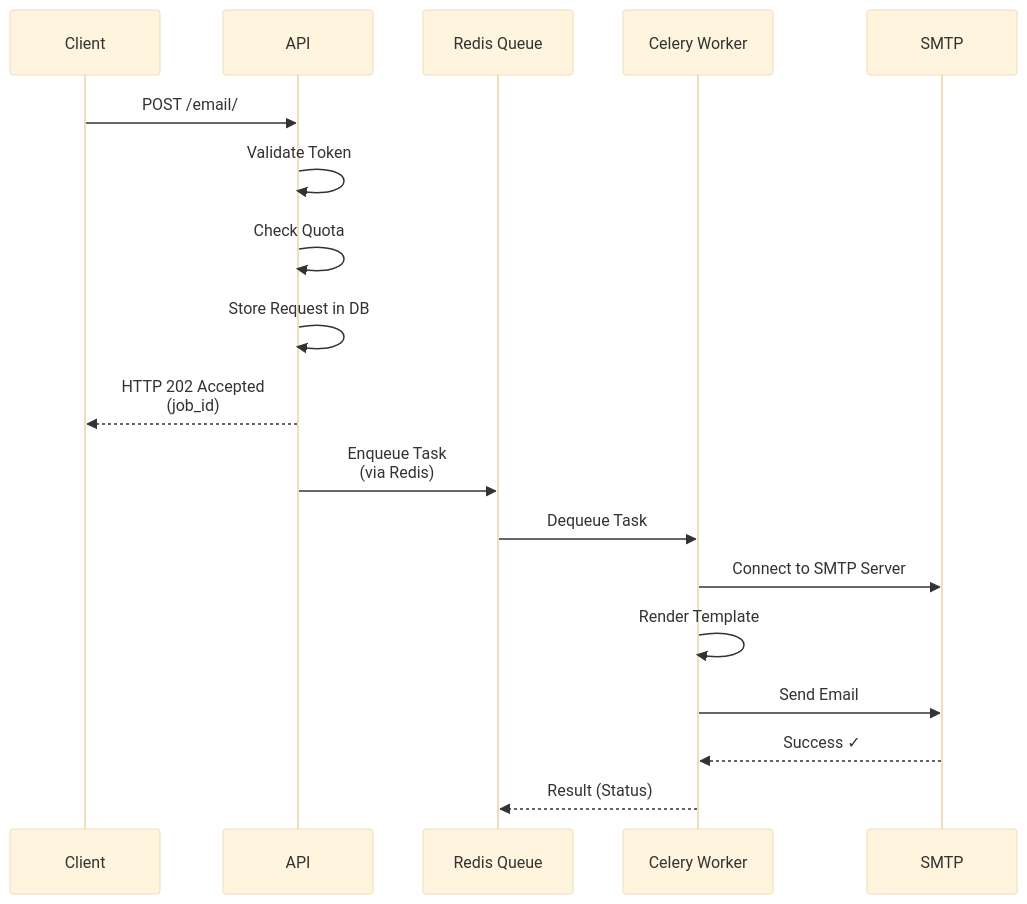
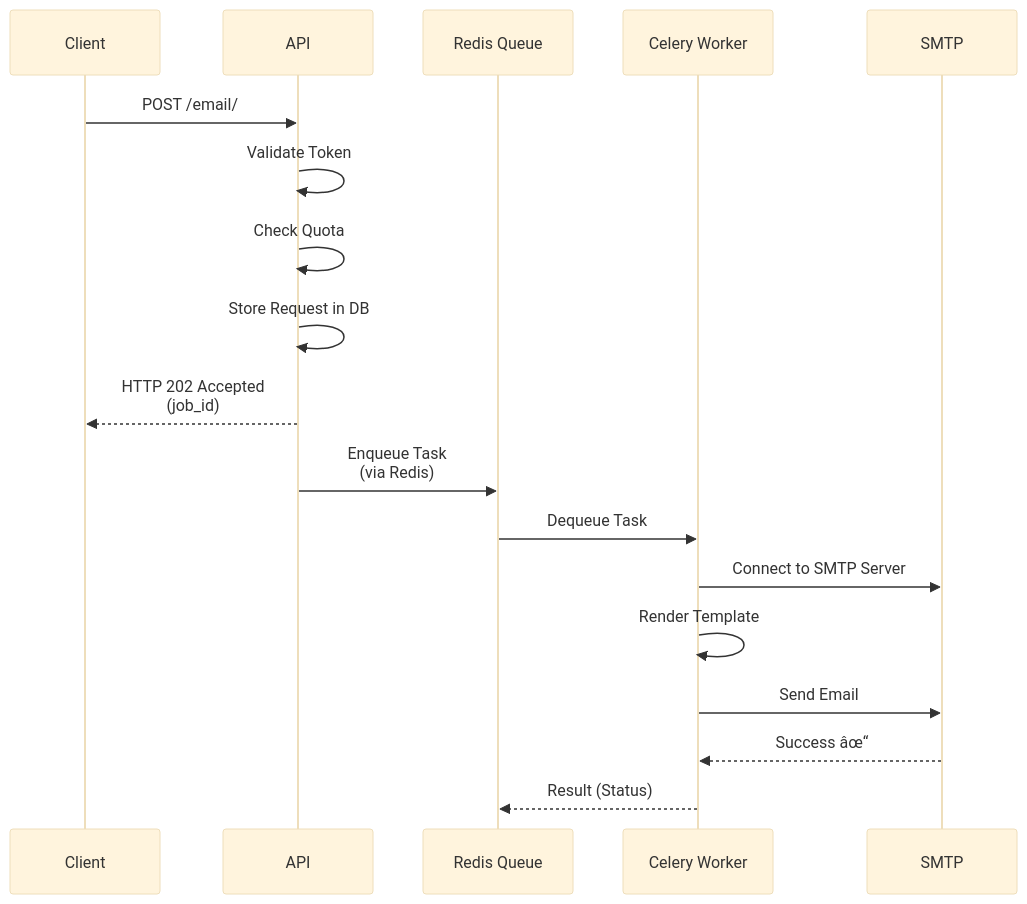
The third of 8 diagrams in README.md (Sumit0ubey/MailAPIX), drawn with Mermaid (base theme) before and after one commit. The commit also changed other lines of this file and 1 other file, not shown here.

````diff
--- a/README.md
+++ b/README.md
@@ -225,22 +225,22 @@
 ```mermaid
 sequenceDiagram
     participant Client
     participant API
     participant Queue as Redis Queue
     participant Worker as Celery Worker
     participant SMTP
 
     Client->>API: POST /email/
     API->>API: Validate Token
     API->>API: Check Quota
     API->>API: Store Request in DB
     API-->>Client: HTTP 202 Accepted<br/>(job_id)
     
     API->>Queue: Enqueue Task<br/>(via Redis)
     Queue->>Worker: Dequeue Task
     Worker->>SMTP: Connect to SMTP Server
     Worker->>Worker: Render Template
     Worker->>SMTP: Send Email
-    SMTP-->>Worker: Success ✓
+    SMTP-->>Worker: Success âœ“
     Worker-->>Queue: Result (Status)
 ```
````
